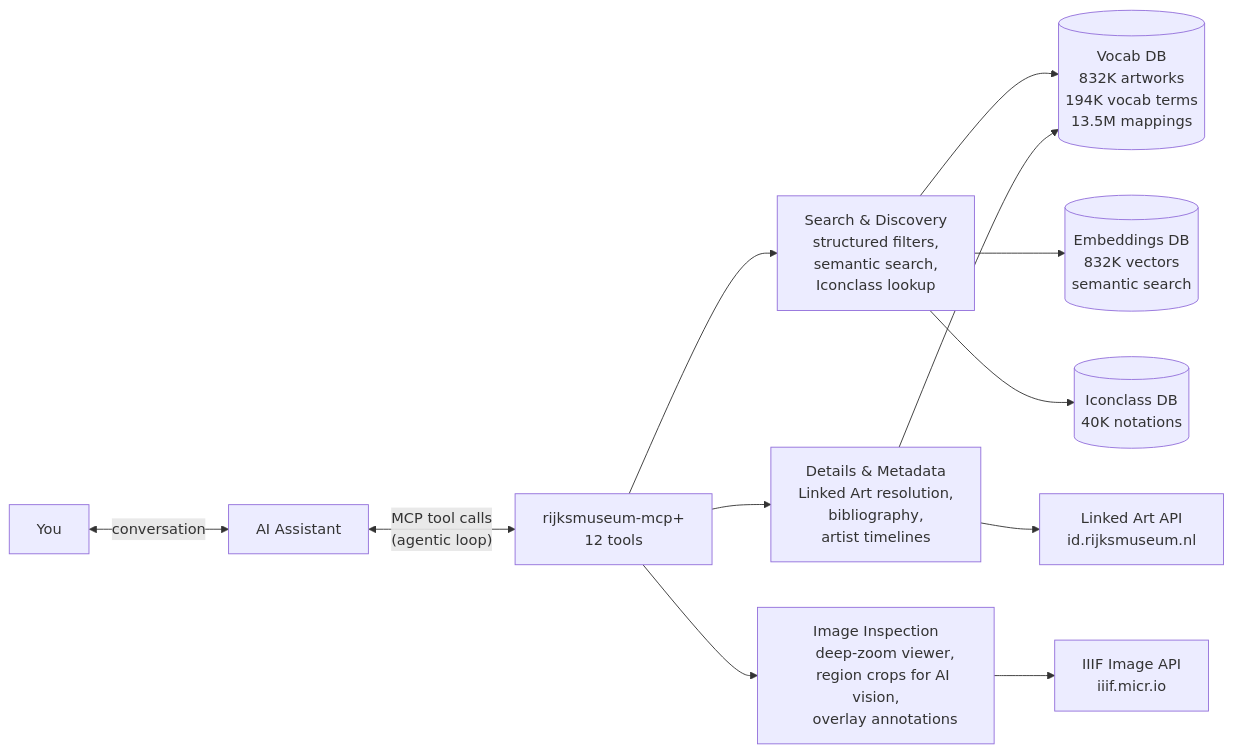
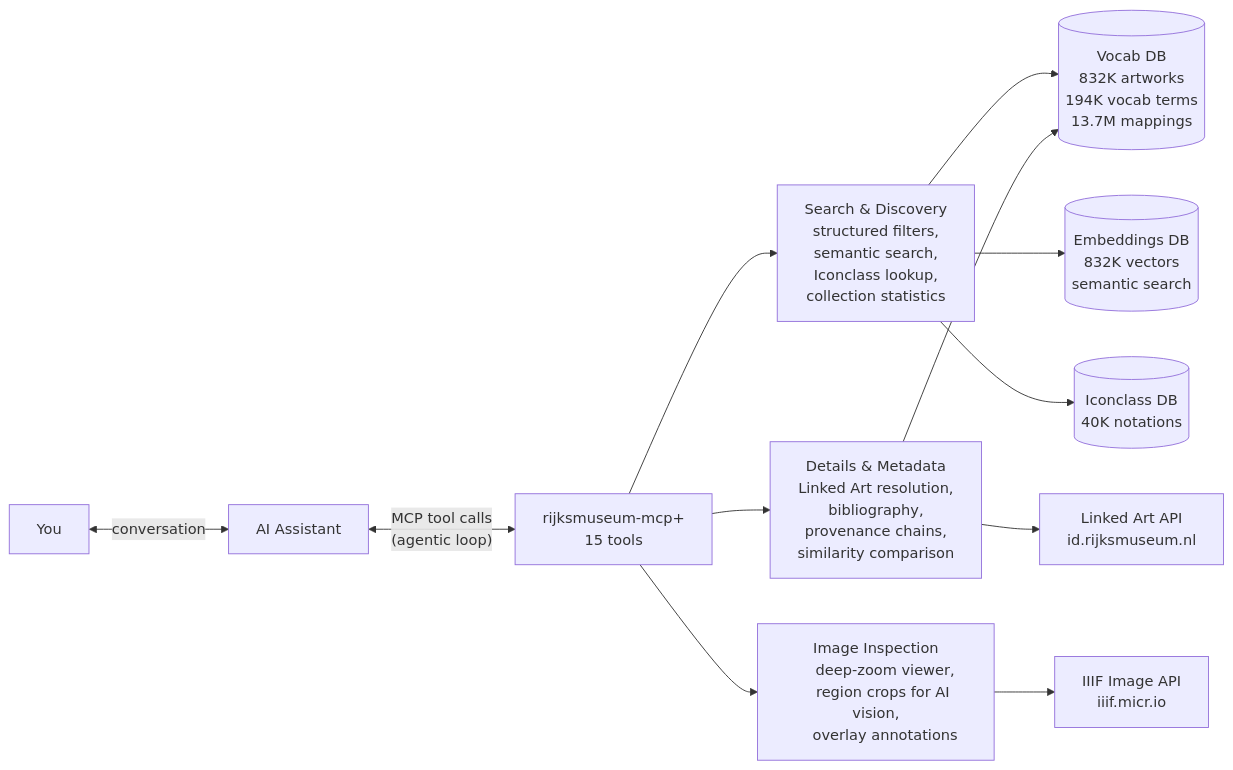
One commit to kintopp/rijksmuseum-mcp-plus changed the first of 2 diagrams in docs/mcp-workflow-diagram.md. Above: the diagram before and after it, drawn with Mermaid. The commit also changed 10 other files, not shown here.

````diff
--- a/docs/mcp-workflow-diagram.md
+++ b/docs/mcp-workflow-diagram.md
@@ -5,38 +5,40 @@
 ```mermaid
 flowchart LR
     User["You"] <-->|conversation| AI["AI Assistant"]
 
     AI <-->|"MCP tool calls
     (agentic loop)"| Server["rijksmuseum-mcp+
-    12 tools"]
+    15 tools"]
 
     Server --> Search["Search & Discovery
     structured filters,
     semantic search,
-    Iconclass lookup"]
+    Iconclass lookup,
+    collection statistics"]
 
     Server --> Details["Details & Metadata
     Linked Art resolution,
     bibliography,
-    artist timelines"]
+    provenance chains,
+    similarity comparison"]
 
     Server --> Images["Image Inspection
     deep-zoom viewer,
     region crops for AI vision,
     overlay annotations"]
 
     Search --> VocabDB[("Vocab DB
     832K artworks
     194K vocab terms
-    13.5M mappings")]
+    13.7M mappings")]
     Search --> EmbeddingsDB[("Embeddings DB
     832K vectors
     semantic search")]
     Search --> IconclassDB[("Iconclass DB
     40K notations")]
     Details --> LinkedArt["Linked Art API
     id.rijksmuseum.nl"]
     Details --> VocabDB
     Images --> IIIF["IIIF Image API
     iiif.micr.io"]
 ```
````
